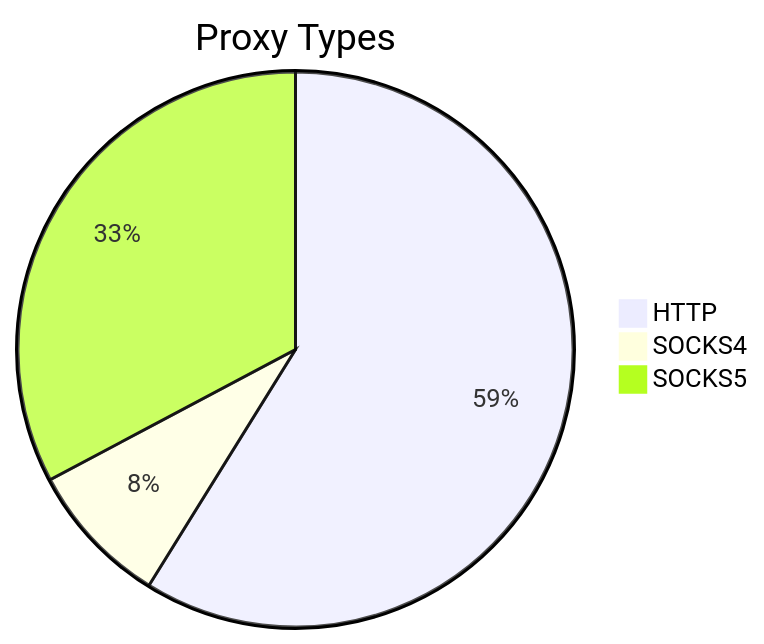
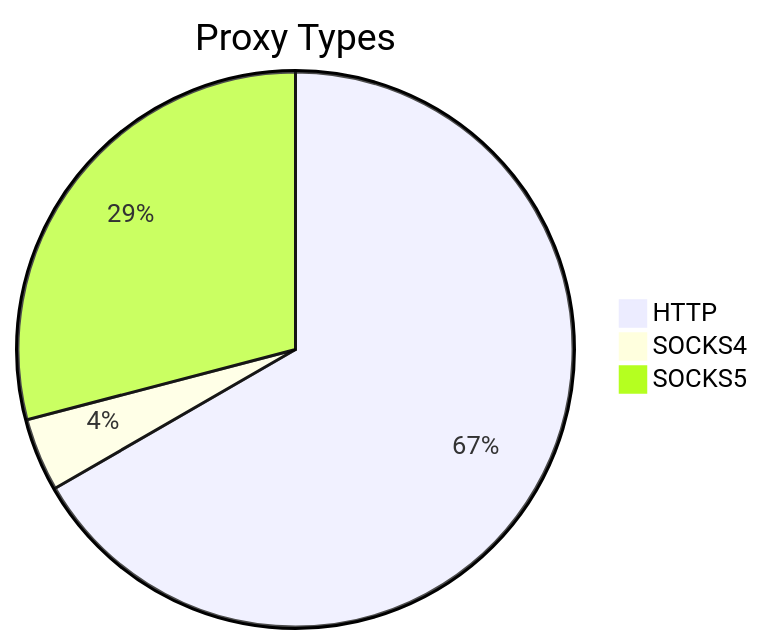
The first of 2 diagrams in README.md (stormsia/proxy-list), drawn with Mermaid before and after one commit. The commit also changed other lines of this file, not shown here.

````diff
--- a/README.md
+++ b/README.md
@@ -21,6 +21,6 @@
 ```mermaid
 pie title Proxy Types
-    "HTTP" : 449
-    "SOCKS4" : 64
-    "SOCKS5" : 250
+    "HTTP" : 454
+    "SOCKS4" : 29
+    "SOCKS5" : 198
 ```
````
